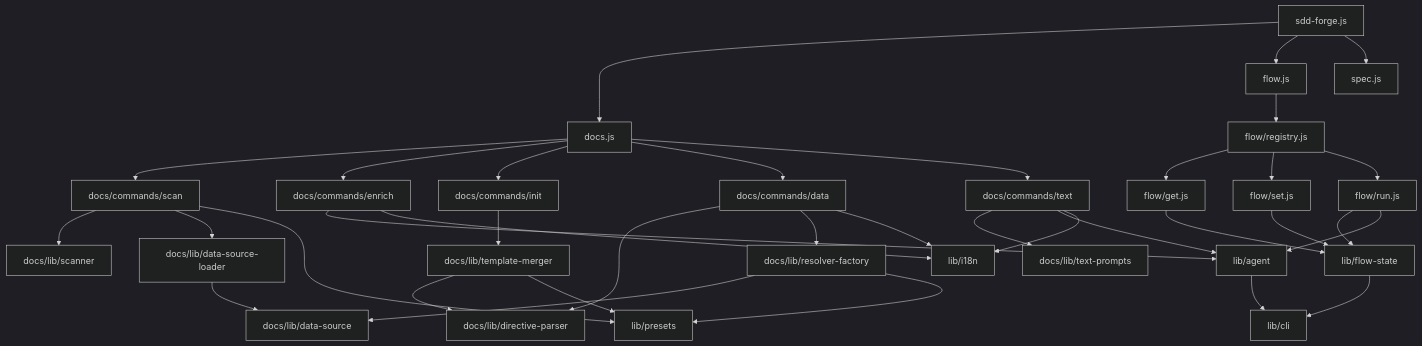
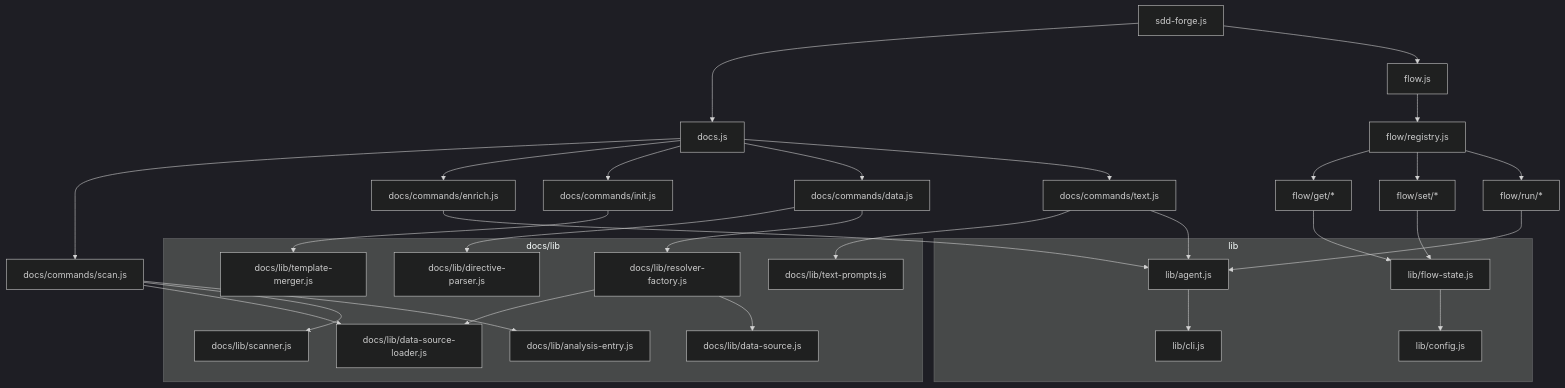
The diagram in docs/internal_design.md (SpreadWorks/sdd-forge), drawn with Mermaid (dark theme) before and after one commit. The commit also changed other lines of this file and 9 other files, not shown here.

````diff
--- a/docs/internal_design.md
+++ b/docs/internal_design.md
@@ -94,46 +114,46 @@
 ```mermaid
 graph TD
     CLI[sdd-forge.js] --> DOCS[docs.js]
     CLI --> FLOW[flow.js]
-    CLI --> SPEC[spec.js]
-
-    DOCS --> SCAN[docs/commands/scan]
-    DOCS --> ENRICH[docs/commands/enrich]
-    DOCS --> INIT[docs/commands/init]
-    DOCS --> DATA[docs/commands/data]
-    DOCS --> TEXT[docs/commands/text]
-
-    FLOW --> REGISTRY[flow/registry.js]
-    REGISTRY --> GET[flow/get.js]
-    REGISTRY --> SET[flow/set.js]
-    REGISTRY --> RUN[flow/run.js]
-
-    SCAN --> SCANNER[docs/lib/scanner]
-    SCAN --> DS_LOADER[docs/lib/data-source-loader]
-    SCAN --> PRESETS[lib/presets]
-
-    DATA --> DIRECTIVE_PARSER[docs/lib/directive-parser]
-    DATA --> RESOLVER_FACTORY[docs/lib/resolver-factory]
-    RESOLVER_FACTORY --> DS_BASE[docs/lib/data-source]
-    RESOLVER_FACTORY --> PRESETS
-    DS_LOADER --> DS_BASE
-
-    TEXT --> TEXT_PROMPTS[docs/lib/text-prompts]
-    TEXT --> AGENT[lib/agent]
+    DOCS --> SCAN[docs/commands/scan.js]
+    DOCS --> ENRICH[docs/commands/enrich.js]
+    DOCS --> INIT[docs/commands/init.js]
+    DOCS --> DATA[docs/commands/data.js]
+    DOCS --> TEXT[docs/commands/text.js]
+    FLOW --> FREG[flow/registry.js]
+    FREG --> FGET[flow/get/*]
+    FREG --> FSET[flow/set/*]
+    FREG --> FRUN[flow/run/*]
+    SCAN --> DSL[docs/lib/data-source-loader.js]
+    SCAN --> SCANNER[docs/lib/scanner.js]
+    SCAN --> AE[docs/lib/analysis-entry.js]
+    DATA --> DP[docs/lib/directive-parser.js]
+    DATA --> RF[docs/lib/resolver-factory.js]
+    TEXT --> TP[docs/lib/text-prompts.js]
+    TEXT --> AGENT[lib/agent.js]
     ENRICH --> AGENT
-
-    INIT --> TEMPLATE_MERGER[docs/lib/template-merger]
-    TEMPLATE_MERGER --> DIRECTIVE_PARSER
-    TEMPLATE_MERGER --> PRESETS
-
-    GET --> FLOW_STATE[lib/flow-state]
-    SET --> FLOW_STATE
-    RUN --> FLOW_STATE
-    RUN --> AGENT
-
-    AGENT --> CLI_LIB[lib/cli]
-    FLOW_STATE --> CLI_LIB
-    DATA --> I18N[lib/i18n]
-    TEXT --> I18N
-    ENRICH --> I18N
+    RF --> DSL
+    RF --> DS[docs/lib/data-source.js]
+    INIT --> TM[docs/lib/template-merger.js]
+    FGET --> FS[lib/flow-state.js]
+    FSET --> FS
+    FRUN --> AGENT
+    AGENT --> CLILIB[lib/cli.js]
+    FS --> CFG[lib/config.js]
+    subgraph doclib [docs/lib]
+        DP
+        RF
+        TM
+        DSL
+        DS
+        SCANNER
+        AE
+        TP
+    end
+    subgraph corelib [lib]
+        AGENT
+        FS
+        CFG
+        CLILIB
+    end
 ```
````
